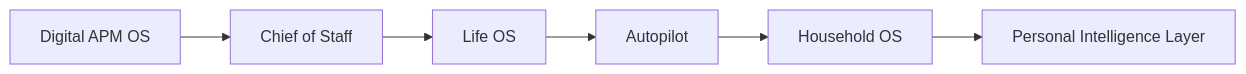
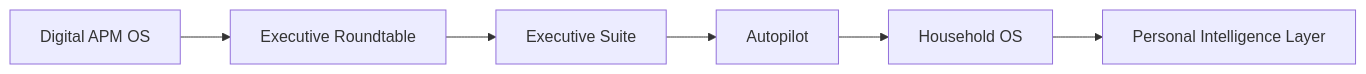
The first of 3 diagrams in docs/21-FULL-PROGRAM-EXECUTION-LEDGER.md (seq23/aplayer-mode), drawn with Mermaid before and after one commit. The commit also changed other lines of this file and 47 other files, not shown here.

First line of the commit message:
Rename paid plans: Executive Roundtable, Executive Suite, Autopilot (ADR-0006)

````diff
--- a/docs/21-FULL-PROGRAM-EXECUTION-LEDGER.md
+++ b/docs/21-FULL-PROGRAM-EXECUTION-LEDGER.md
@@ -29,8 +29,8 @@
 ```mermaid
 flowchart LR
-  DIY[Digital APM OS] --> COS[Chief of Staff]
-  COS --> LIFE[Life OS]
+  DIY[Digital APM OS] --> COS[Executive Roundtable]
+  COS --> LIFE[Executive Suite]
   LIFE --> AUTO[Autopilot]
   AUTO --> HH[Household OS]
   HH --> PI[Personal Intelligence Layer]
 ```
````
